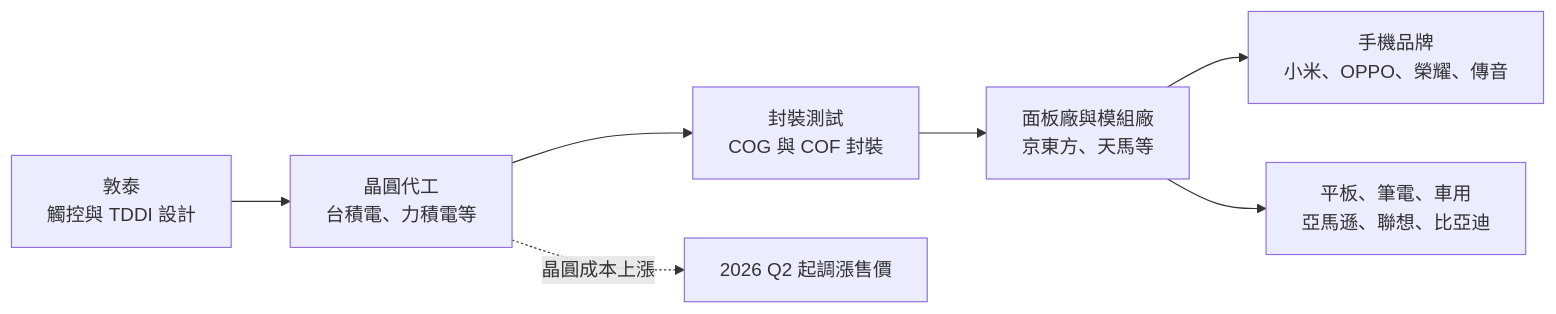
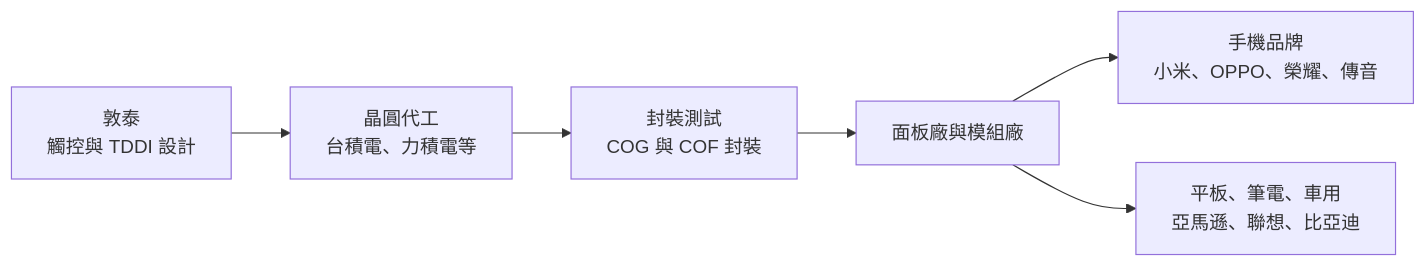
One commit to wangnick1004/taiwan-stock-vault changed the first of 3 diagrams in 個股/台股/3545敦泰.md. Above: the diagram before and after it, drawn with Mermaid. The commit also changed other lines of this file and 142 other files, not shown here.

````diff
--- a/個股/台股/3545敦泰.md
+++ b/個股/台股/3545敦泰.md
@@ -61,9 +58,8 @@
 ```mermaid
 flowchart LR
     A[敦泰<br/>觸控與 TDDI 設計] --> B["晶圓代工<br/>台積電、力積電等"]
     B --> C[封裝測試<br/>COG 與 COF 封裝]
-    C --> D["面板廠與模組廠<br/>京東方、天馬等"]
+    C --> D["面板廠與模組廠"]
     D --> E["手機品牌<br/>小米、OPPO、榮耀、傳音"]
     D --> F["平板、筆電、車用<br/>亞馬遜、聯想、比亞迪"]
-    B -. 晶圓成本上漲 .-> G[2026 Q2 起調漲售價]
 ```
````
